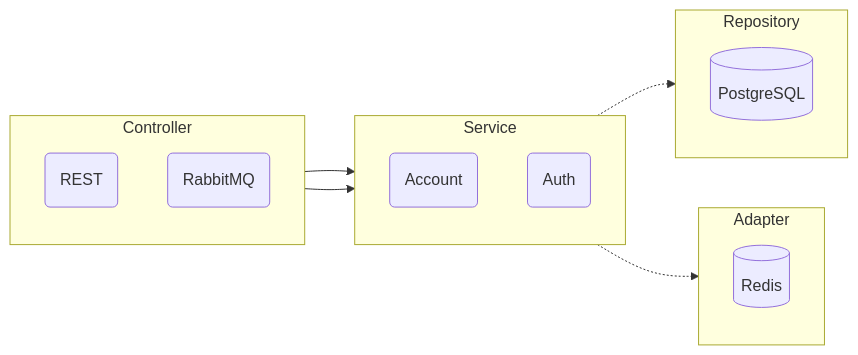
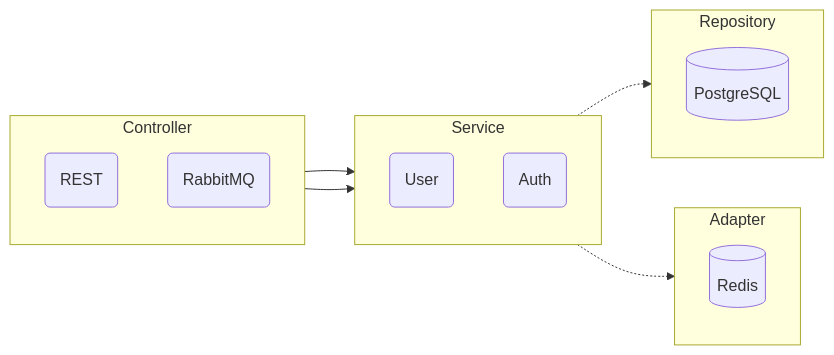
One commit to dsbasko/yandex-go-diploma-1 changed the second of 4 diagrams in readme.md. Above: the diagram before and after it, drawn with Mermaid. The commit also changed other lines of this file, not shown here.

````diff
--- a/readme.md
+++ b/readme.md
@@ -87,28 +77,28 @@
 ```mermaid
 flowchart LR
 
     subgraph controller[Controller]
         direction TB
         rest(REST)
         rmqConsumer(RabbitMQ)
     end
 
     subgraph service[Service]
         direction TB
-        accountService(Account)
+        userService(User)
         authService(Auth)
     end
 
     subgraph repository[Repository]
         direction TB
         psql[(PostgreSQL)]
     end
 
     subgraph adapter[Adapter]
         direction TB
         redis[(Redis)]
     end
     
     rest & rmqConsumer --> service
     service -.-> repository & adapter
 ```
````
